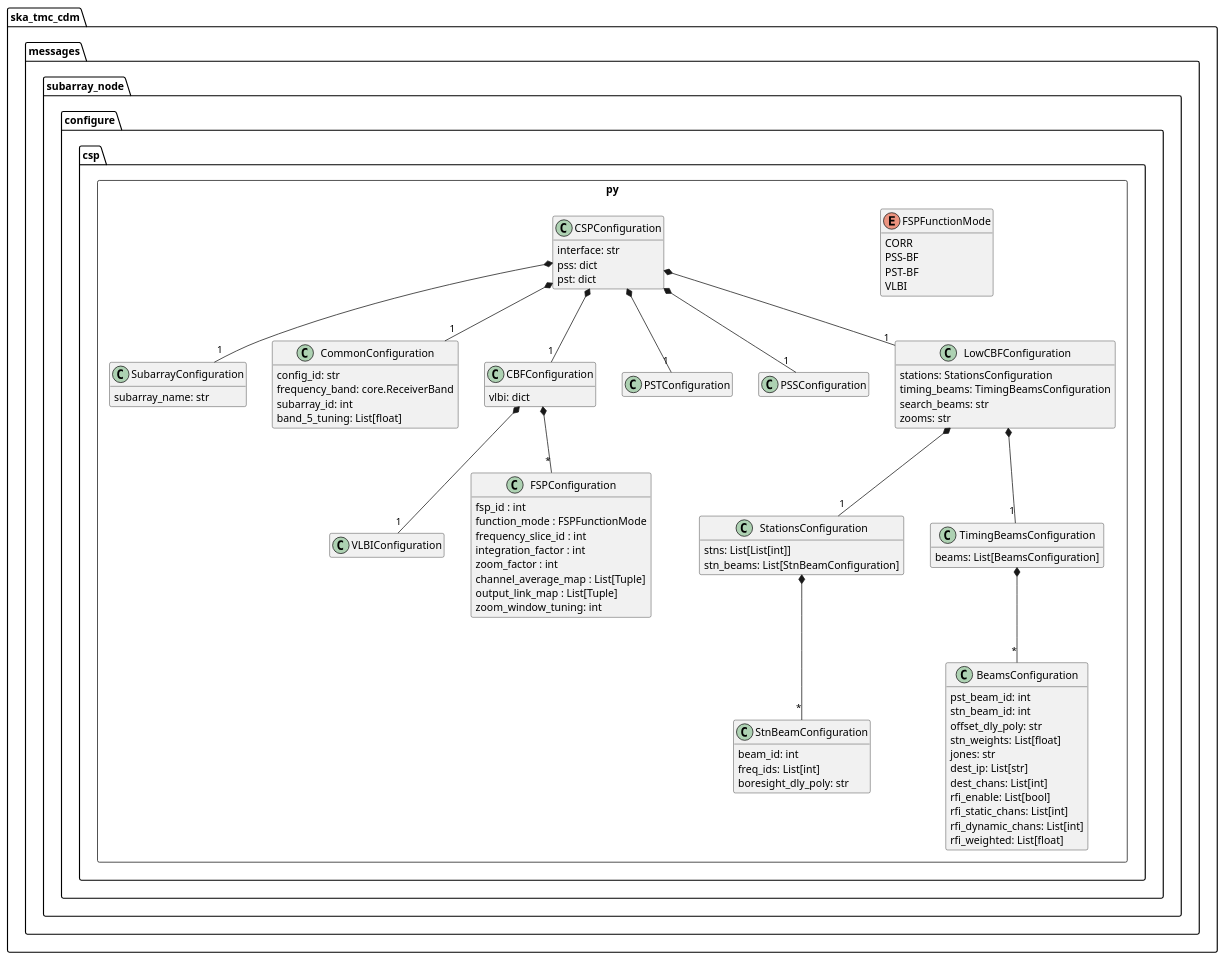
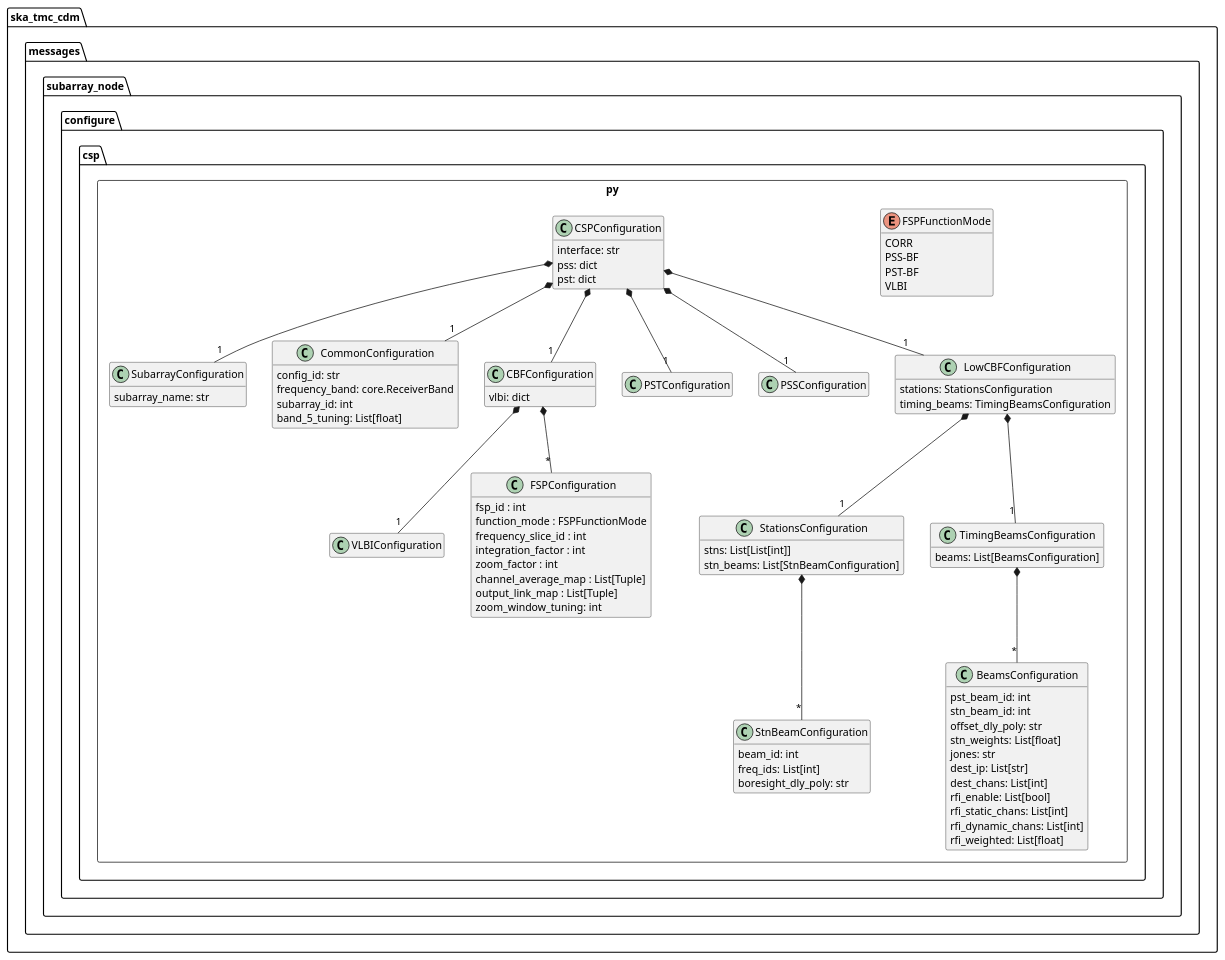
One commit to ska-telescope/cdm-shared-library changed the diagram in docs/src/developer/subarraynode/csp.puml. Above: the diagram before and after it, drawn with PlantUML. The commit also changed 8 other files, not shown here.

```diff
--- a/docs/src/developer/subarraynode/csp.puml
+++ b/docs/src/developer/subarraynode/csp.puml
@@ -1,115 +1,113 @@
 @startuml
 hide empty members
 
 ' Remove the following lines when VLBI, PSS and PST
 ' are added to CDM
 remove VLBIConfiguration
 remove PSTConfiguration
 remove PSSConfiguration
 
 package ska_tmc_cdm.messages.subarray_node.configure {
 	package csp.py <<Rectangle>> {
 
 	    class SubarrayConfiguration {
 	        subarray_name: str
 	    }
 
 	    class CommonConfiguration {
 	        config_id: str
             frequency_band: core.ReceiverBand
             subarray_id: int
             band_5_tuning: List[float]
 	    }
 
 	    class CBFConfiguration {
             vlbi: dict
 	    }
 
 	    class PSTConfiguration {
 
 	    }
 
         class PSSConfiguration {
 
         }
 
         class VLBIConfiguration {
 
         }
 
 		enum FSPFunctionMode {
 			CORR
 			PSS-BF
 			PST-BF
 			VLBI
 		}
 
 		class FSPConfiguration {
 			fsp_id : int
 			function_mode : FSPFunctionMode
 			frequency_slice_id : int
 			integration_factor : int
 			zoom_factor : int
 			channel_average_map : List[Tuple]
 			output_link_map : List[Tuple]
 			zoom_window_tuning: int
 		}
 
 		class CSPConfiguration {
 	        interface: str
 	        pss: dict
 	        pst: dict
 
 		}
 
 		class LowCBFConfiguration {
 			stations: StationsConfiguration 
 			timing_beams: TimingBeamsConfiguration
-			search_beams: str
-			zooms: str
 		}
 
 		class StationsConfiguration {
 			stns: List[List[int]]
         	stn_beams: List[StnBeamConfiguration]
 		}
 
 		class TimingBeamsConfiguration {
 			beams: List[BeamsConfiguration]
 		}
 		
 		class BeamsConfiguration {
 			pst_beam_id: int
 			stn_beam_id: int
 			offset_dly_poly: str
 			stn_weights: List[float]
 			jones: str
 			dest_ip: List[str]
 			dest_chans: List[int]
 			rfi_enable: List[bool]
 			rfi_static_chans: List[int]
 			rfi_dynamic_chans: List[int]
 			rfi_weighted: List[float]
 		}
 
 		class StnBeamConfiguration {
 			beam_id: int
 			freq_ids: List[int]
 			boresight_dly_poly: str
 		}
 
 		CBFConfiguration *-- "*" FSPConfiguration
 		CBFConfiguration *-- "1" VLBIConfiguration
 		CSPConfiguration *-- "1" CommonConfiguration
 		CSPConfiguration *-- "1" SubarrayConfiguration
 		CSPConfiguration *-- "1" CBFConfiguration
 		CSPConfiguration *-- "1" PSTConfiguration
 		CSPConfiguration *-- "1" PSSConfiguration
 		CSPConfiguration *-- "1" LowCBFConfiguration
 		LowCBFConfiguration *-- "1" StationsConfiguration
 		LowCBFConfiguration *-- "1" TimingBeamsConfiguration
 		TimingBeamsConfiguration *-- "*" BeamsConfiguration
 		StationsConfiguration *-- "*" StnBeamConfiguration
 	}
 }
 @enduml
```
